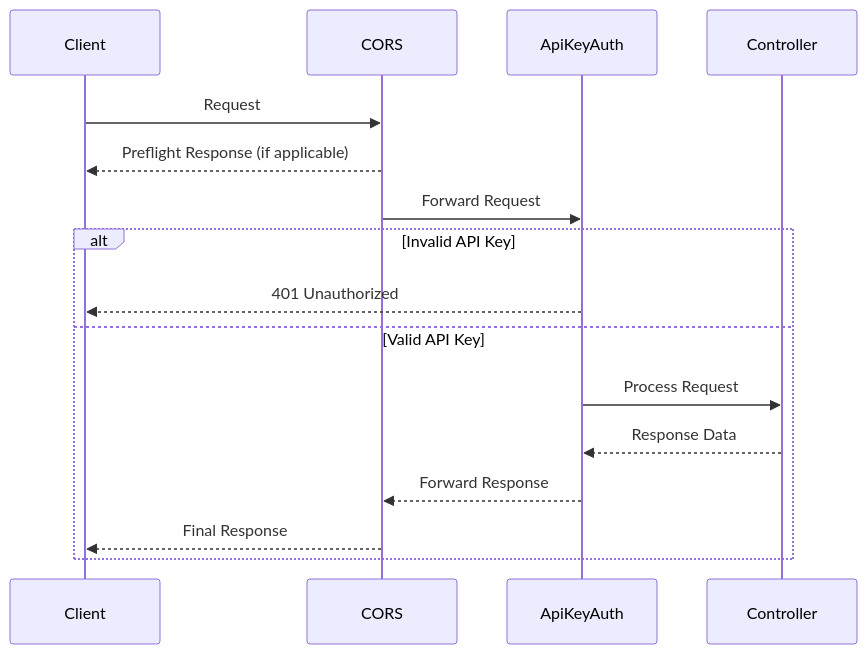
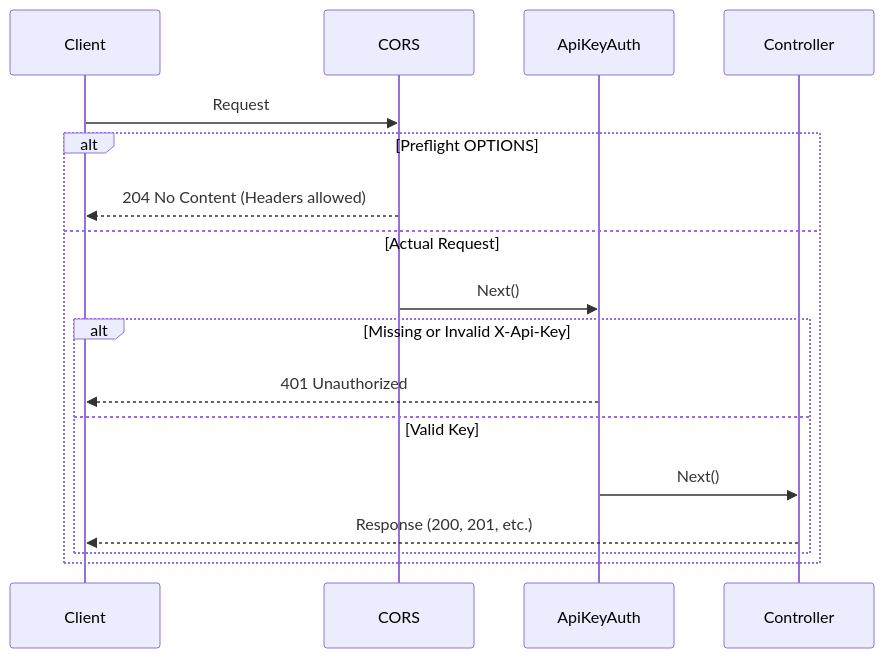
Before and after one commit to coder-pro10z/raycast-job-tracker: the diagram in docs/03-backend.md, drawn with Mermaid. The commit also changed other lines of this file and 6 other files, not shown here.

Commit message:
docs: complete audit and update all core docs (02-07), README, and Graphify visualizer

````diff
--- a/docs/03-backend.md
+++ b/docs/03-backend.md
@@ -96,20 +130,20 @@
 ```mermaid
 sequenceDiagram
     participant Client
     participant CORS
     participant ApiKeyAuth
     participant Controller
     
     Client->>CORS: Request
-    CORS-->>Client: Preflight Response (if applicable)
-    CORS->>ApiKeyAuth: Forward Request
-    
-    alt Invalid API Key
-        ApiKeyAuth-->>Client: 401 Unauthorized
-    else Valid API Key
-        ApiKeyAuth->>Controller: Process Request
-        Controller-->>ApiKeyAuth: Response Data
-        ApiKeyAuth-->>CORS: Forward Response
-        CORS-->>Client: Final Response
+    alt Preflight OPTIONS
+        CORS-->>Client: 204 No Content (Headers allowed)
+    else Actual Request
+        CORS->>ApiKeyAuth: Next()
+        alt Missing or Invalid X-Api-Key
+            ApiKeyAuth-->>Client: 401 Unauthorized
+        else Valid Key
+            ApiKeyAuth->>Controller: Next()
+            Controller-->>Client: Response (200, 201, etc.)
+        end
     end
 ```
````
